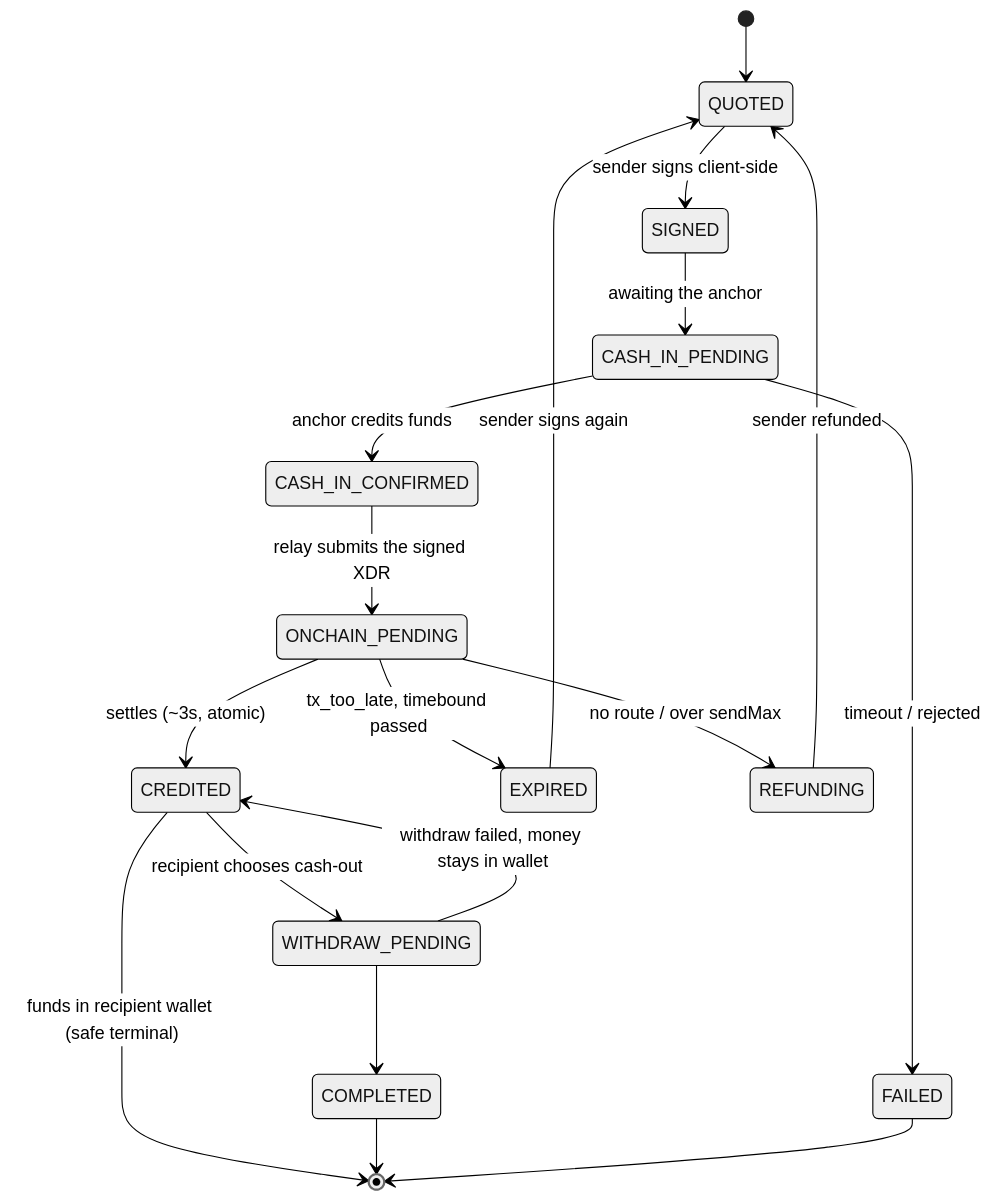
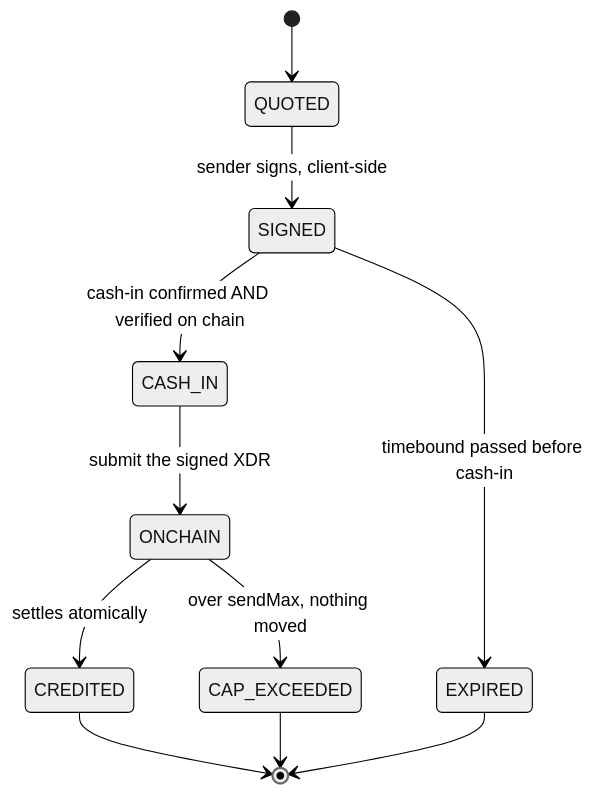
The second of 3 diagrams in docs/architecture.md (yigitcangokmen/corramoney), drawn with Mermaid (neutral theme) before and after one commit. The commit also changed other lines of this file and 8 other files, not shown here.

````diff
--- a/docs/architecture.md
+++ b/docs/architecture.md
@@ -172,20 +188,13 @@
 ```mermaid
 stateDiagram-v2
     [*] --> QUOTED
-    QUOTED --> SIGNED: sender signs client-side
-    SIGNED --> CASH_IN_PENDING: awaiting the anchor
-    CASH_IN_PENDING --> CASH_IN_CONFIRMED: anchor credits funds
-    CASH_IN_PENDING --> FAILED: timeout / rejected
-    CASH_IN_CONFIRMED --> ONCHAIN_PENDING: relay submits the signed XDR
-    ONCHAIN_PENDING --> CREDITED: settles (~3s, atomic)
-    ONCHAIN_PENDING --> EXPIRED: tx_too_late, timebound passed
-    ONCHAIN_PENDING --> REFUNDING: no route / over sendMax
-    EXPIRED --> QUOTED: sender signs again
-    REFUNDING --> QUOTED: sender refunded
-    CREDITED --> [*]: funds in recipient wallet (safe terminal)
-    CREDITED --> WITHDRAW_PENDING: recipient chooses cash-out
-    WITHDRAW_PENDING --> COMPLETED
-    WITHDRAW_PENDING --> CREDITED: withdraw failed, money stays in wallet
-    COMPLETED --> [*]
-    FAILED --> [*]
+    QUOTED --> SIGNED: sender signs, client-side
+    SIGNED --> CASH_IN: cash-in confirmed AND verified on chain
+    SIGNED --> EXPIRED: timebound passed before cash-in
+    CASH_IN --> ONCHAIN: submit the signed XDR
+    ONCHAIN --> CREDITED: settles atomically
+    ONCHAIN --> CAP_EXCEEDED: over sendMax, nothing moved
+    CREDITED --> [*]
+    EXPIRED --> [*]
+    CAP_EXCEEDED --> [*]
 ```
````
